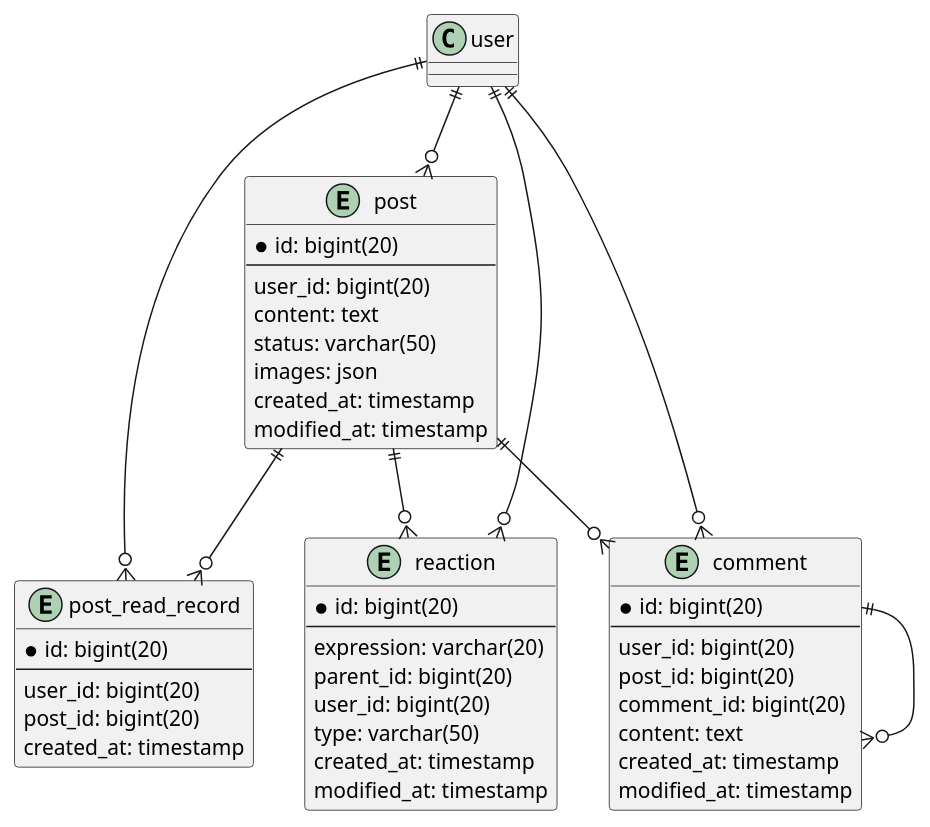
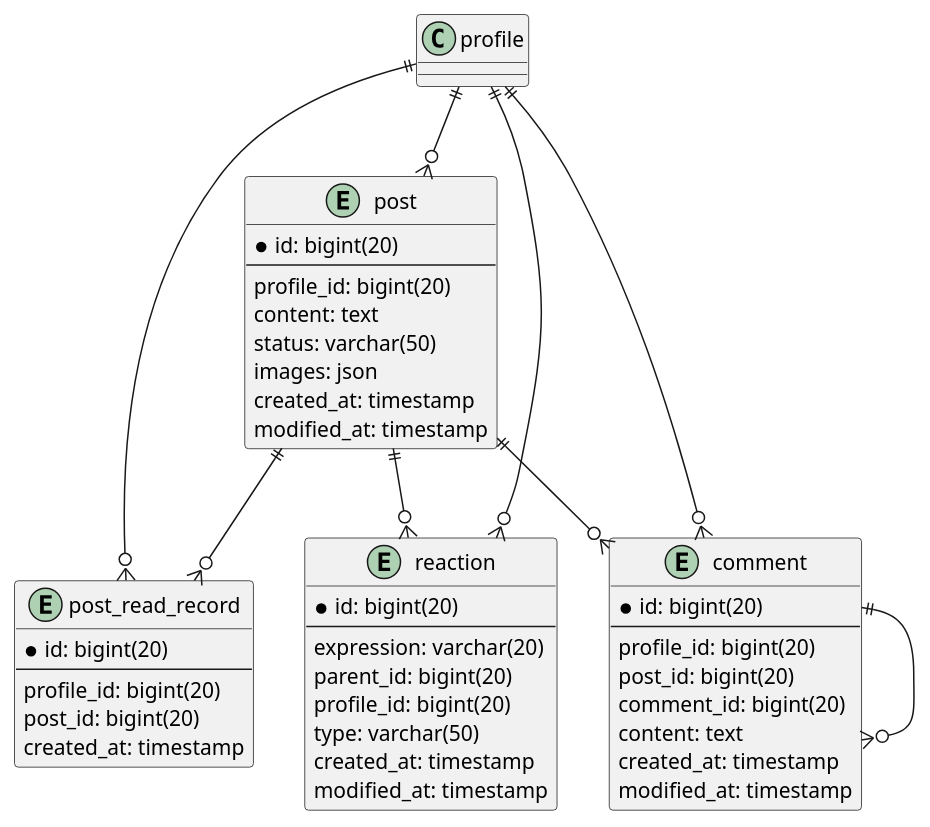
Before and after one commit to sweav-org/sweav-uml: the diagram in entity/feed.puml, drawn with PlantUML.

Commit message:
feed 엔티티 연관관계 수정

```diff
--- a/entity/feed.puml
+++ b/entity/feed.puml
@@ -1,53 +1,53 @@
 @startuml
 
 entity post {
   *id: bigint(20)
   ---
-  user_id: bigint(20)
+  profile_id: bigint(20)
   content: text
   status: varchar(50)
   images: json
   created_at: timestamp
   modified_at: timestamp
 }
 
 entity post_read_record {
   *id: bigint(20)
   ---
-  user_id: bigint(20)
+  profile_id: bigint(20)
   post_id: bigint(20)
   created_at: timestamp
 }
 
 entity reaction {
   *id: bigint(20)
   ---
   expression: varchar(20)
   parent_id: bigint(20)
-  user_id: bigint(20)
+  profile_id: bigint(20)
   type: varchar(50)
   created_at: timestamp
   modified_at: timestamp
 }
 
 entity comment {
   *id: bigint(20)
   ---
-  user_id: bigint(20)
+  profile_id: bigint(20)
   post_id: bigint(20)
   comment_id: bigint(20)
   content: text
   created_at: timestamp
   modified_at: timestamp
 }
 
-user ||--o{ post
-user ||--o{ reaction
-user ||--o{ comment
+profile ||--o{ post
+profile ||--o{ reaction
+profile ||--o{ comment
 post ||--o{ comment
 post ||--o{ reaction
-user ||--o{ post_read_record
+profile ||--o{ post_read_record
 post ||--o{ post_read_record
 comment ||--o{ comment
 
 @enduml
```
